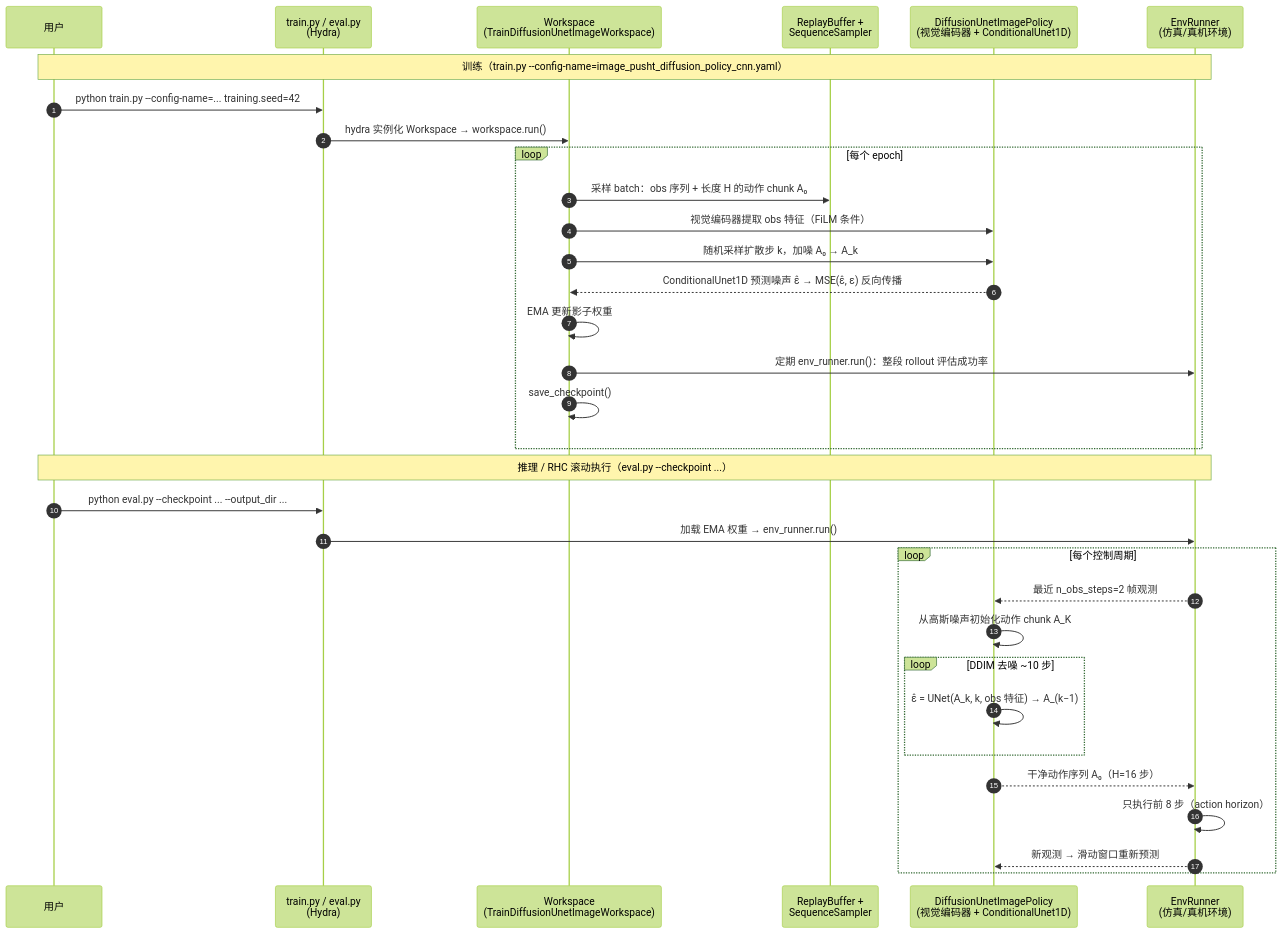
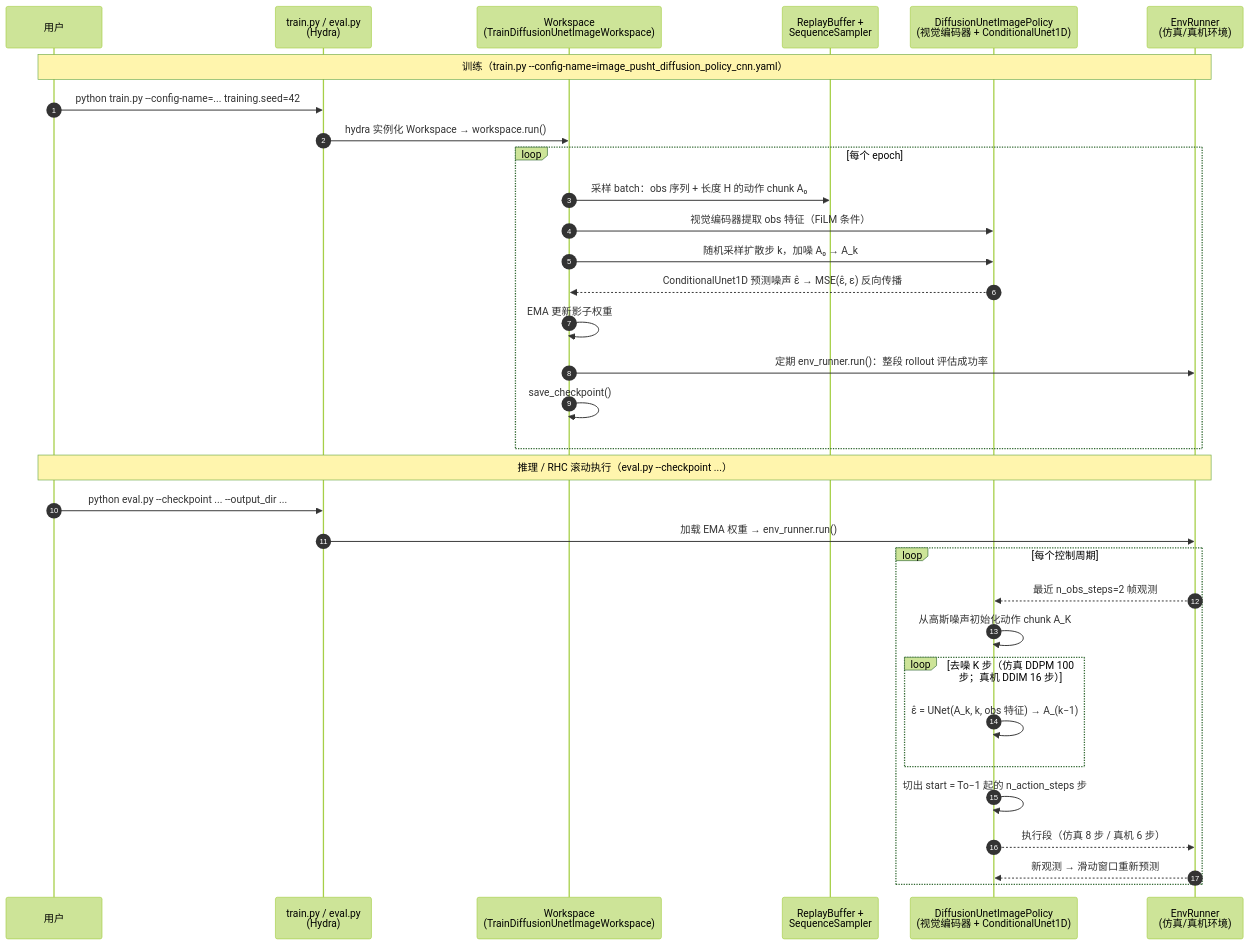
The third of 3 diagrams in papers/01_Foundational_RL/Diffusion_Policy/Diffusion_Policy.md (ImChong/Robot_Learning_Paper_Notebooks), drawn with Mermaid (forest theme) before and after one commit. The commit also changed other lines of this file and 5 other files, not shown here.

```diff
--- a/papers/01_Foundational_RL/Diffusion_Policy/Diffusion_Policy.md
+++ b/papers/01_Foundational_RL/Diffusion_Policy/Diffusion_Policy.md
@@ -217,35 +240,35 @@
 <div class="mermaid">
 sequenceDiagram
     autonumber
     participant U as 用户
     participant T as train.py / eval.py<br/>(Hydra)
     participant W as Workspace<br/>(TrainDiffusionUnetImageWorkspace)
     participant DL as ReplayBuffer +<br/>SequenceSampler
     participant P as DiffusionUnetImagePolicy<br/>(视觉编码器 + ConditionalUnet1D)
     participant ER as EnvRunner<br/>(仿真/真机环境)
     Note over U,ER: 训练（train.py --config-name=image_pusht_diffusion_policy_cnn.yaml）
     U->>T: python train.py --config-name=... training.seed=42
     T->>W: hydra 实例化 Workspace → workspace.run()
     loop 每个 epoch
         W->>DL: 采样 batch：obs 序列 + 长度 H 的动作 chunk A₀
         W->>P: 视觉编码器提取 obs 特征（FiLM 条件）
         W->>P: 随机采样扩散步 k，加噪 A₀ → A_k
         P-->>W: ConditionalUnet1D 预测噪声 ε̂ → MSE(ε̂, ε) 反向传播
         W->>W: EMA 更新影子权重
         W->>ER: 定期 env_runner.run()：整段 rollout 评估成功率
         W->>W: save_checkpoint()
     end
     Note over U,ER: 推理 / RHC 滚动执行（eval.py --checkpoint ...）
     U->>T: python eval.py --checkpoint ... --output_dir ...
     T->>ER: 加载 EMA 权重 → env_runner.run()
     loop 每个控制周期
         ER-->>P: 最近 n_obs_steps=2 帧观测
         P->>P: 从高斯噪声初始化动作 chunk A_K
-        loop DDIM 去噪 ~10 步
+        loop 去噪 K 步（仿真 DDPM 100 步；真机 DDIM 16 步）
             P->>P: ε̂ = UNet(A_k, k, obs 特征) → A_(k−1)
         end
-        P-->>ER: 干净动作序列 A₀（H=16 步）
-        ER->>ER: 只执行前 8 步（action horizon）
+        P->>P: 切出 start = To−1 起的 n_action_steps 步
+        P-->>ER: 执行段（仿真 8 步 / 真机 6 步）
         ER-->>P: 新观测 → 滑动窗口重新预测
     end
 </div>
```
